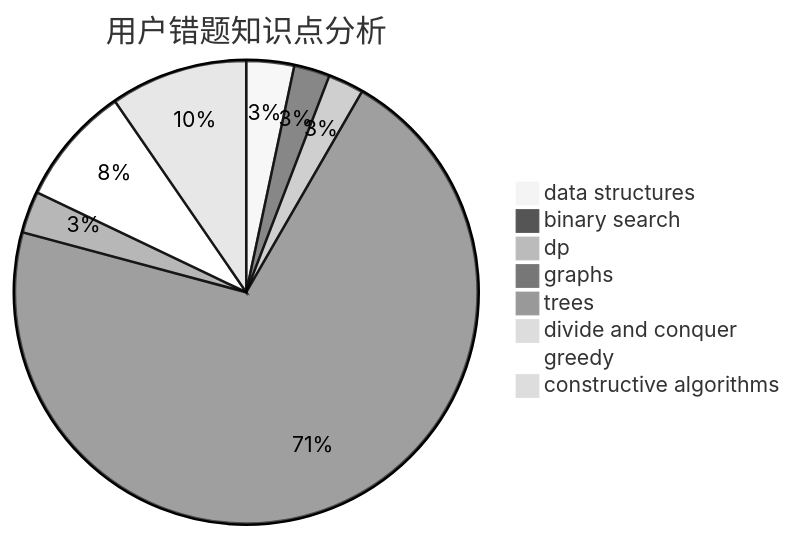
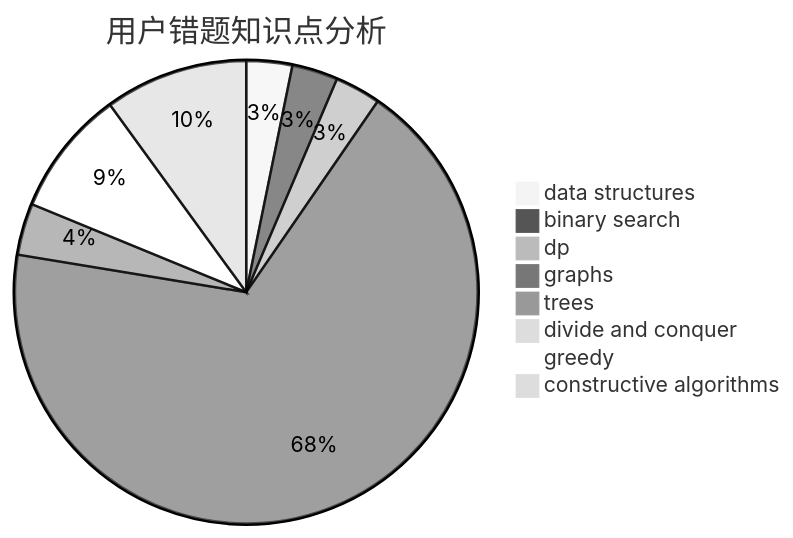
Before and after one commit to sherpahu/cfrs.github.io: the third of 3 diagrams in docs/user/u1285.md, drawn with Mermaid (neutral theme). The commit also changed other lines of this file and 2770 other files, not shown here.

````diff
--- a/docs/user/u1285.md
+++ b/docs/user/u1285.md
@@ -36,11 +36,11 @@
 ```mermaid
 pie title 用户错题知识点分析
     "data structures" :  8
-    "binary search" :  6
-    "dp" :  6
+    "binary search" :  8
+    "dp" :  8
     "graphs" :  170
-    "trees" :  7
+    "trees" :  9
     "divide and conquer" :  0
-    "greedy" :  20
-    "constructive algorithms" :  23
+    "greedy" :  22
+    "constructive algorithms" :  25
 ```
````
